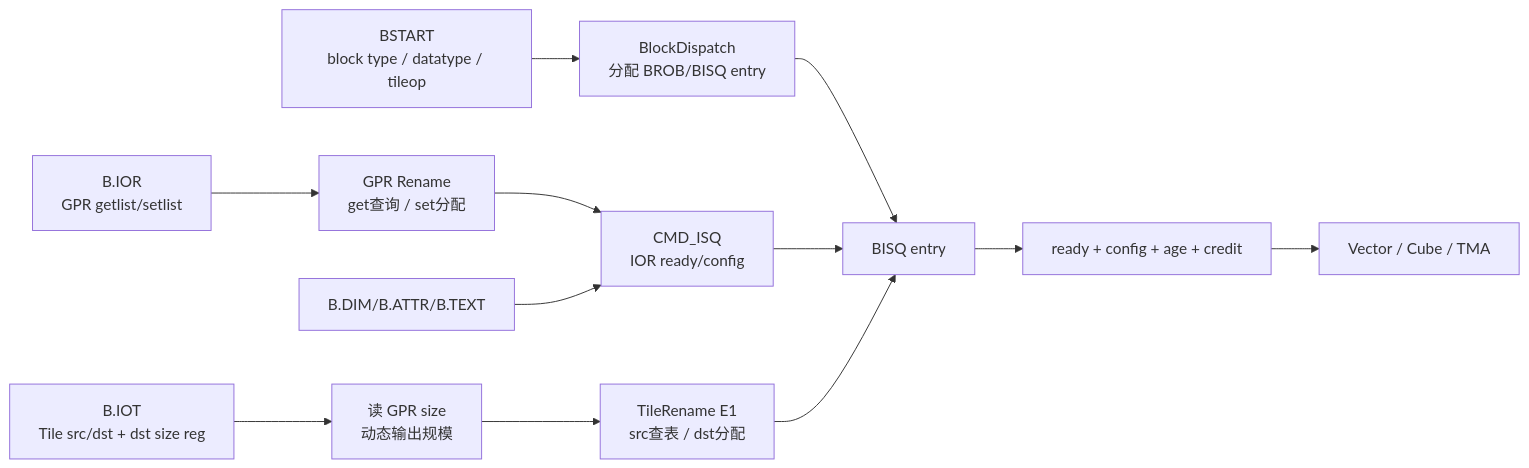
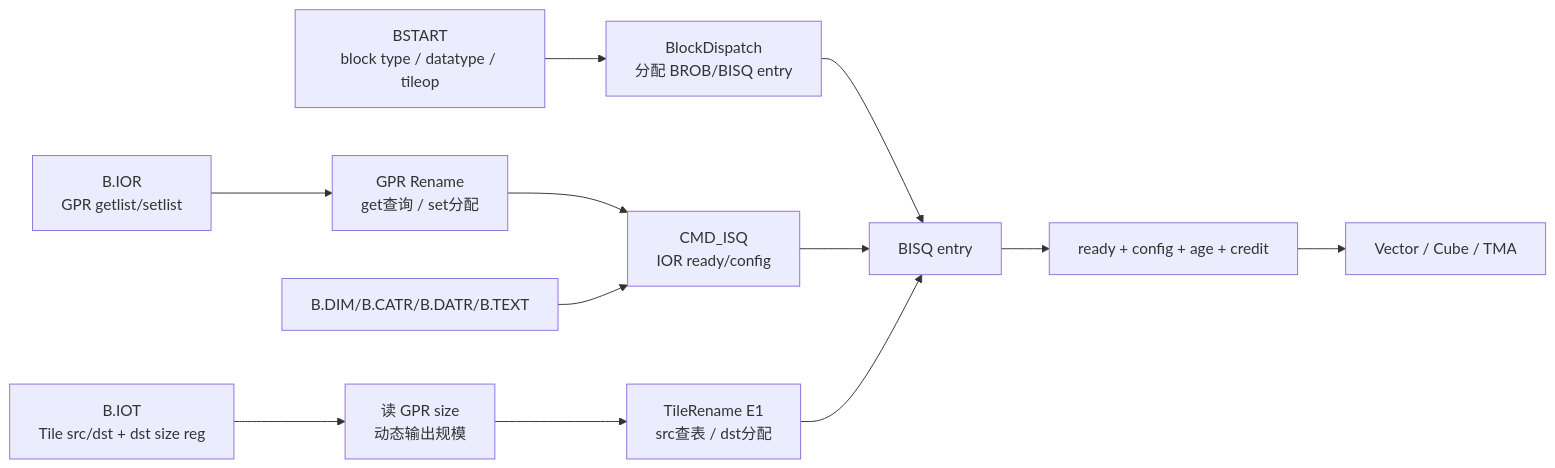
The first of 5 diagrams in docs/architecture/Janus/BCC/01_TileRename_BlockISQ.md (LinxISA/LinxCore), drawn with Mermaid before and after one commit. The commit also changed other lines of this file and 71 other files, not shown here.

````diff
--- a/docs/architecture/Janus/BCC/01_TileRename_BlockISQ.md
+++ b/docs/architecture/Janus/BCC/01_TileRename_BlockISQ.md
@@ -49,14 +49,14 @@
 ```mermaid
 flowchart LR
   BSTART["BSTART<br/>block type / datatype / tileop"] --> BD["BlockDispatch<br/>分配 BROB/BISQ entry"]
   BIOR["B.IOR<br/>GPR getlist/setlist"] --> GRN["GPR Rename<br/>get查询 / set分配"]
   BIOT["B.IOT<br/>Tile src/dst + dst size reg"] --> SIZE["读 GPR size<br/>动态输出规模"]
   SIZE --> TR["TileRename E1<br/>src查表 / dst分配"]
   BD --> BISQ["BISQ entry"]
   GRN --> CMD["CMD_ISQ<br/>IOR ready/config"]
   CMD --> BISQ
   TR --> BISQ
-  BDIM["B.DIM/B.ATTR/B.TEXT"] --> CMD
+  BDIM["B.DIM/B.CATR/B.DATR/B.TEXT"] --> CMD
   BISQ --> ISSUE["ready + config + age + credit"]
   ISSUE --> CORE["Vector / Cube / TMA"]
 ```
````
